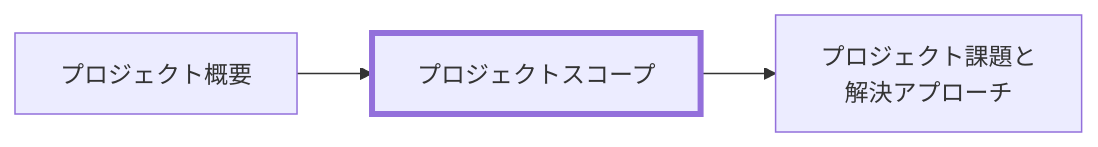
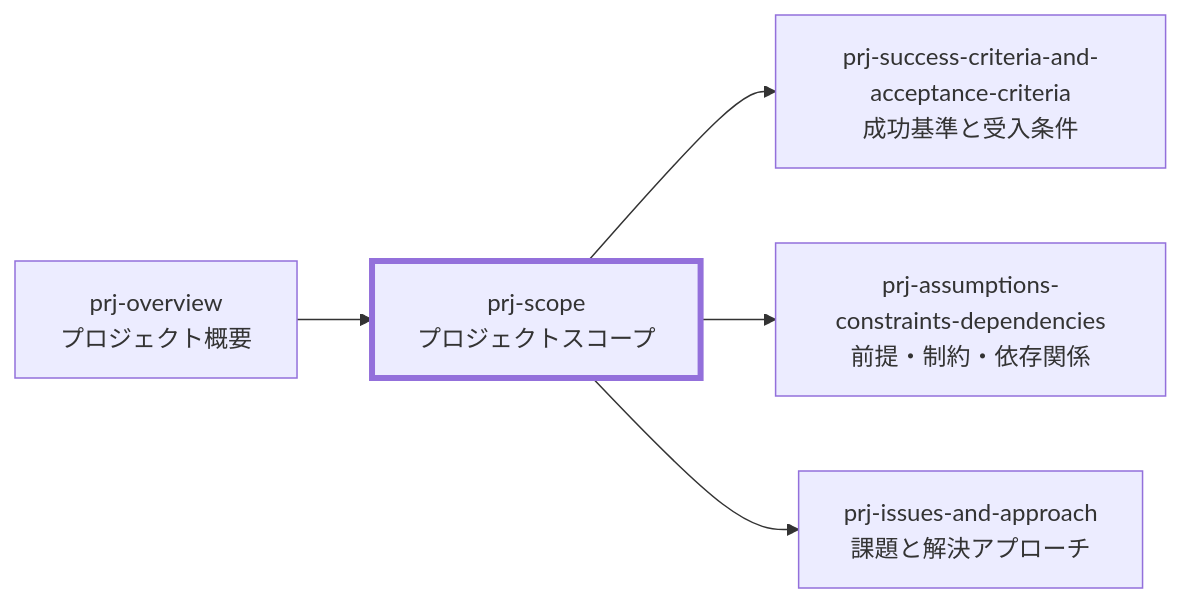
Before and after one commit to specdojo/specdojo: the diagram in docs/ja/specdojo/rulebooks/prj-scope-rulebook.md, drawn with Mermaid. The commit also changed other lines of this file and 4 other files, not shown here.

````diff
--- a/docs/ja/specdojo/rulebooks/prj-scope-rulebook.md
+++ b/docs/ja/specdojo/rulebooks/prj-scope-rulebook.md
@@ -28,11 +33,16 @@
 ```mermaid
 flowchart LR
-  POV["プロジェクト概要"]
-  PSC["プロジェクトスコープ"]
-  PIA["プロジェクト課題と<br>解決アプローチ"]
+  POV["prj-overview<br/>プロジェクト概要"]
+  PSC["prj-scope<br/>プロジェクトスコープ"]
+  SAC["prj-success-criteria-and-acceptance-criteria<br/>成功基準と受入条件"]
+  ACD["prj-assumptions-constraints-dependencies<br/>前提・制約・依存関係"]
+  PIA["prj-issues-and-approach<br/>課題と解決アプローチ"]
 
-  POV --> PSC --> PIA
+  POV --> PSC
+  PSC --> SAC
+  PSC --> ACD
+  PSC --> PIA
 
   classDef target stroke-width:4px
   class PSC target
 ```
````
